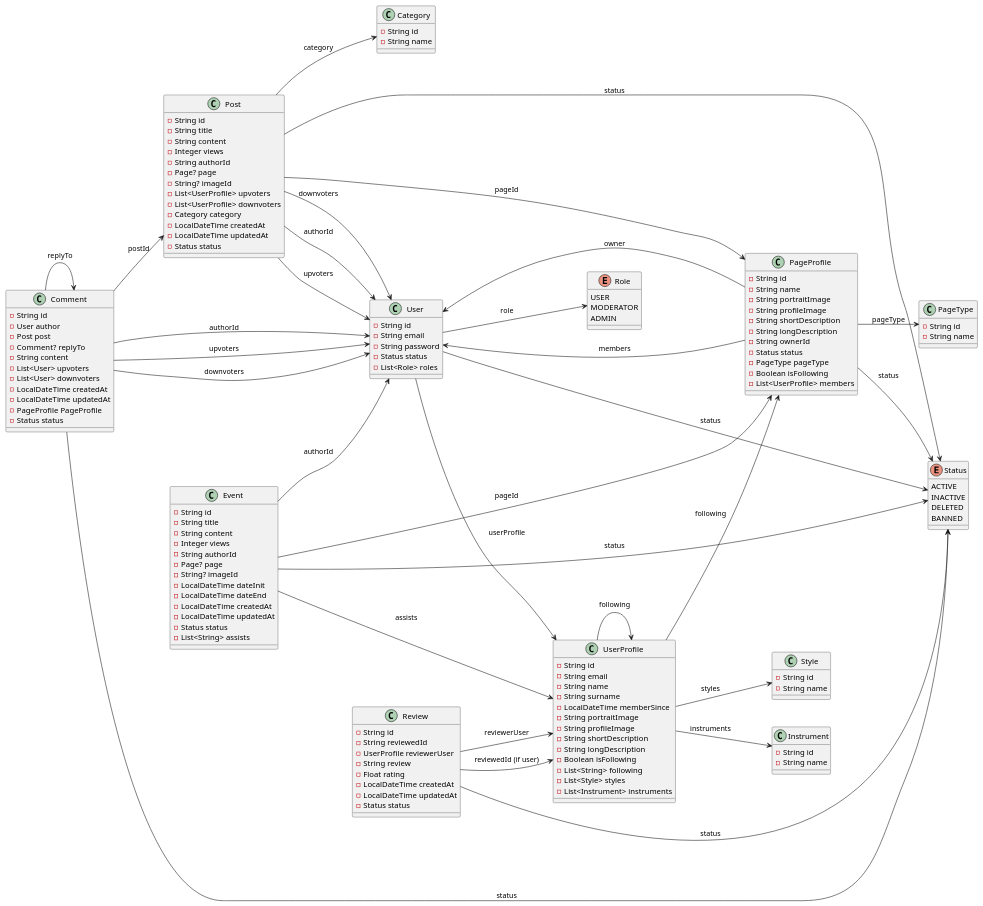
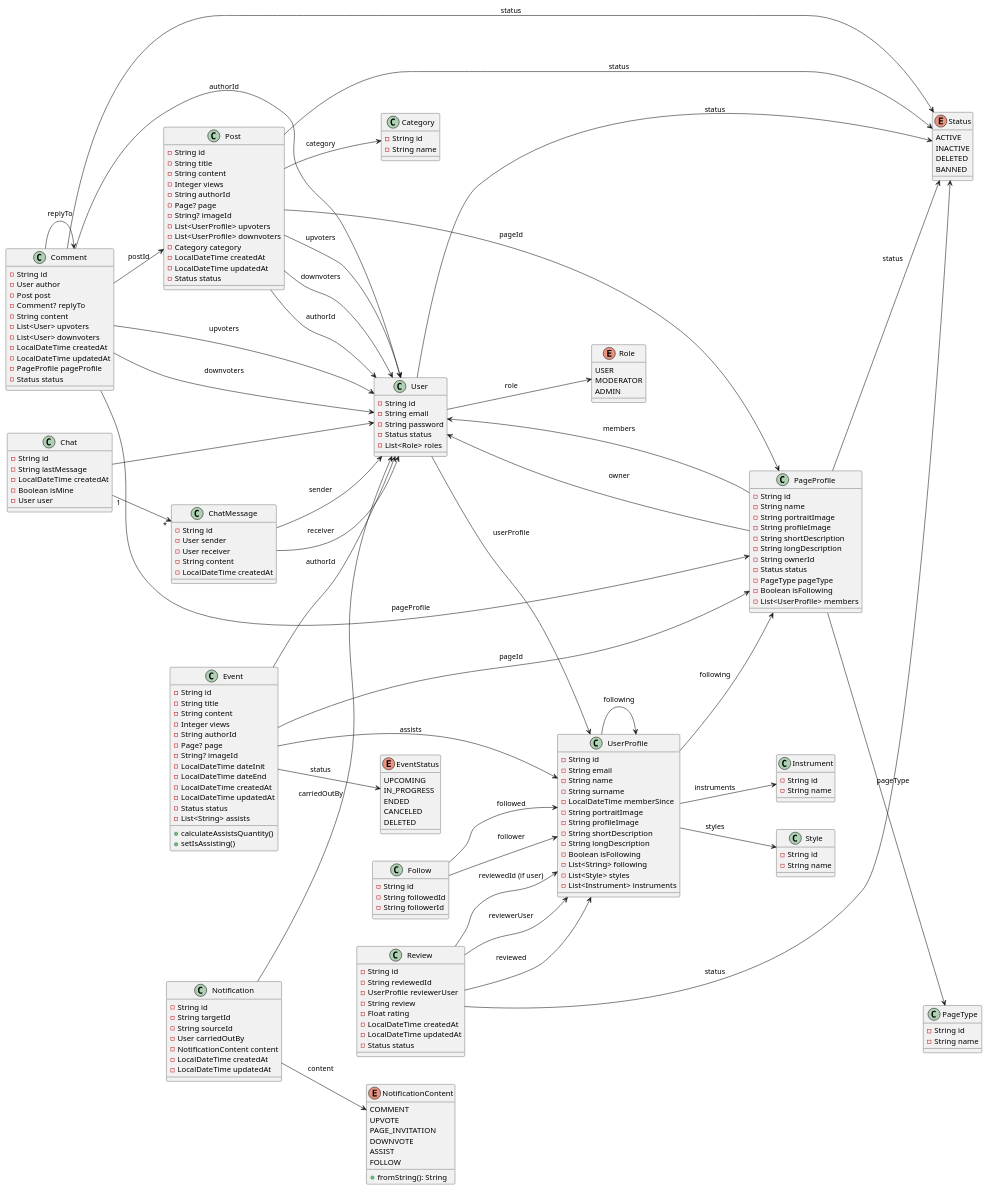
One commit to 2piradrian/seminario-docs changed the diagram in domain-class-seminario.puml. Above: the diagram before and after it, drawn with PlantUML. The commit also changed 2 other files, not shown here.

```diff
--- a/domain-class-seminario.puml
+++ b/domain-class-seminario.puml
@@ -46,7 +46,7 @@
         - List<User> downvoters
         - LocalDateTime createdAt
         - LocalDateTime updatedAt
-        - PageProfile PageProfile
+        - PageProfile pageProfile
         - Status status
     }
 
@@ -119,6 +119,17 @@
         - Status status
         - List<String> assists
 
+        + calculateAssistsQuantity()
+        + setIsAssisting()
+      
+    }
+
+     enum EventStatus {
+        UPCOMING
+        IN_PROGRESS
+        ENDED
+        CANCELED
+        DELETED
     }
 
     class Review {
@@ -132,35 +143,97 @@
         - Status status  
     }
 
+    class Chat {
+        - String id
+        - String lastMessage
+        - LocalDateTime createdAt
+        - Boolean isMine
+        - User user
+    }
+
+    class ChatMessage {
+        - String id
+        - User sender
+        - User receiver
+        - String content
+        - LocalDateTime createdAt
+    }
+
+    class Follow {
+        - String id
+        - String followedId
+        - String followerId
+    }
+
+    class Notification {
+        - String id
+        - String targetId
+        - String sourceId
+        - User carriedOutBy
+        - NotificationContent content
+        - LocalDateTime createdAt
+        - LocalDateTime updatedAt
+    }
+
+    enum NotificationContent {
+        COMMENT
+        UPVOTE
+        PAGE_INVITATION
+        DOWNVOTE
+        ASSIST
+        FOLLOW
+
+        + fromString(): String
+    }
+
     Comment --> Post : postId
     Comment --> Comment : replyTo
     Comment --> Status : status
     Comment --> User : authorId
     Comment --> User : upvoters
     Comment --> User : downvoters
+    Comment --> PageProfile : pageProfile
+
     Post --> Category : category
     Post --> Status : status
     Post --> User : authorId
     Post --> PageProfile : pageId
     Post --> User : upvoters
     Post --> User : downvoters
+
     User --> Role : role
     User --> Status : status
     User --> UserProfile : userProfile
+
     UserProfile --> Style :  styles
     UserProfile --> Instrument :  instruments
+    UserProfile --> PageProfile : following
+    UserProfile --> UserProfile : following
+
     PageProfile --> User : members
     PageProfile --> User : owner
     PageProfile --> PageType : pageType
     PageProfile --> Status : status
-    UserProfile --> PageProfile : following
-    UserProfile --> UserProfile : following
+
     Event --> User : authorId
     Event --> PageProfile : pageId
-    Event --> Status : status
+    Event --> EventStatus : status
     Event --> UserProfile : assists
+    
     Review --> UserProfile : reviewerUser
+    Review --> UserProfile : reviewed
     Review --> Status : status
     Review --> UserProfile : reviewedId (if user)
 
+    Chat "1" --> "*" ChatMessage
+    Chat --> User
+
+    ChatMessage --> User : sender
+    ChatMessage --> User : receiver
+
+    Follow --> UserProfile : follower
+    Follow --> UserProfile : followed
+
+    Notification --> User : carriedOutBy
+    Notification --> NotificationContent : content
 @enduml
```
